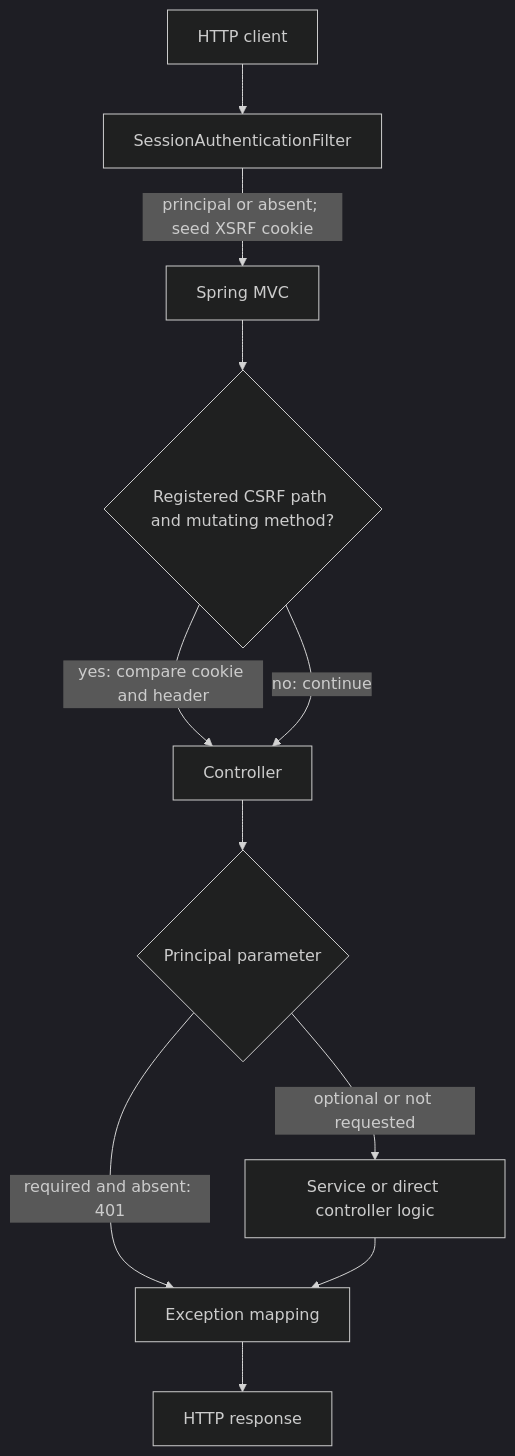
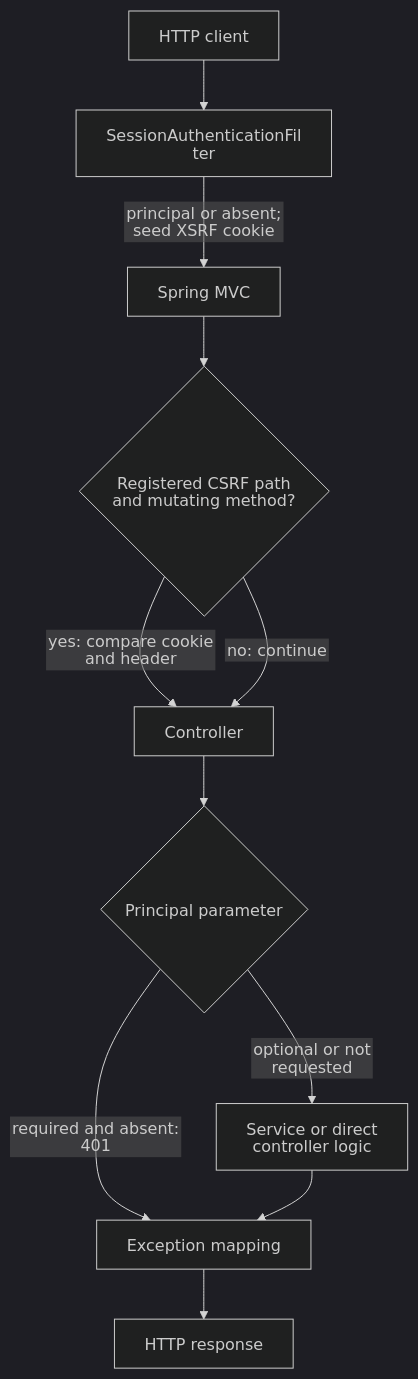
The first of 10 diagrams in docs/architecture/backend-architecture.md (NathanZK/ChessEcho), drawn with Mermaid (dark theme) before and after one commit. The commit also changed other lines of this file and 1 other file, not shown here.

First line of the commit message:
docs: fix architecture Mermaid rendering

````diff
--- a/docs/architecture/backend-architecture.md
+++ b/docs/architecture/backend-architecture.md
@@ -24,13 +24,14 @@
 ```mermaid
+%%{init: {"htmlLabels": false, "flowchart": {"htmlLabels": false}}}%%
 flowchart TB
     Client[HTTP client] --> Filter[SessionAuthenticationFilter]
-    Filter -->|principal or absent; seed XSRF cookie| MVC[Spring MVC]
+    Filter -->|"principal or absent;<br/>seed XSRF cookie"| MVC[Spring MVC]
     MVC --> CSRF{Registered CSRF path and mutating method?}
     CSRF -->|yes: compare cookie and header| Handler[Controller]
     CSRF -->|no: continue| Handler
     Handler --> Resolver{Principal parameter}
     Resolver -->|required and absent: 401| Errors[Exception mapping]
     Resolver -->|optional or not requested| Logic[Service or direct controller logic]
     Logic --> Errors
     Errors --> Response[HTTP response]
 ```
````
